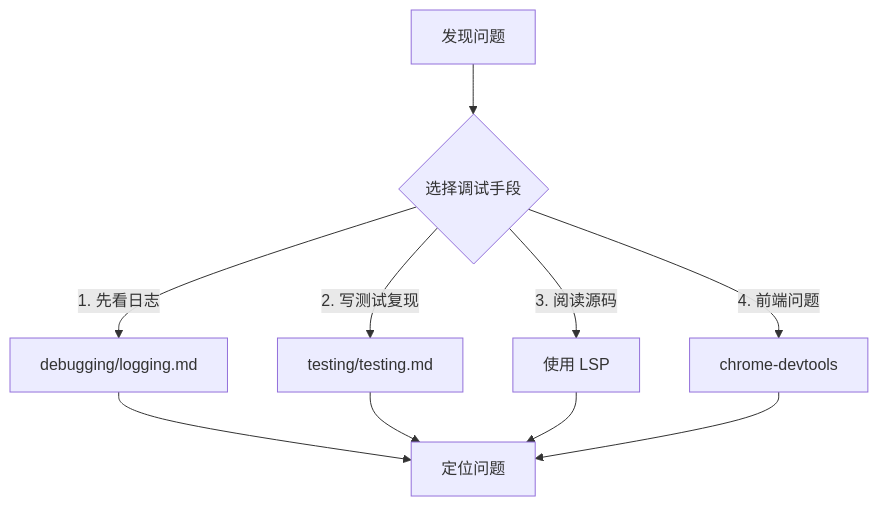
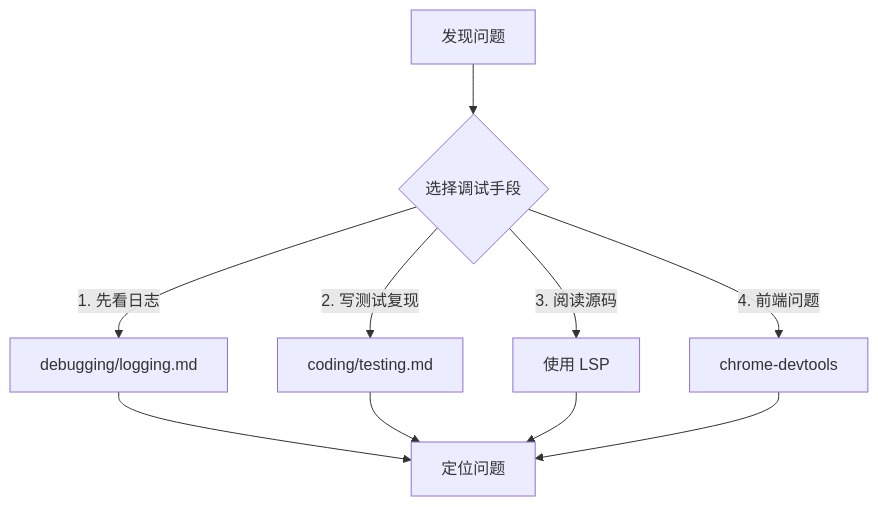
The third of 4 diagrams in plugins/bd-dev/skills/bun-best-practices/README.md (builden/bd-box), drawn with Mermaid before and after one commit. The commit also changed other lines of this file and 10 other files, not shown here.

````diff
--- a/plugins/bd-dev/skills/bun-best-practices/README.md
+++ b/plugins/bd-dev/skills/bun-best-practices/README.md
@@ -131,14 +102,14 @@
 ```mermaid
 flowchart TD
     A[发现问题] --> B{选择调试手段}
 
     B -->|1. 先看日志| C[debugging/logging.md]
-    B -->|2. 写测试复现| D[testing/testing.md]
+    B -->|2. 写测试复现| D[coding/testing.md]
     B -->|3. 阅读源码| E[使用 LSP]
     B -->|4. 前端问题| F[chrome-devtools]
 
     C --> G[定位问题]
     D --> G
     E --> G
     F --> G
 ```
````
